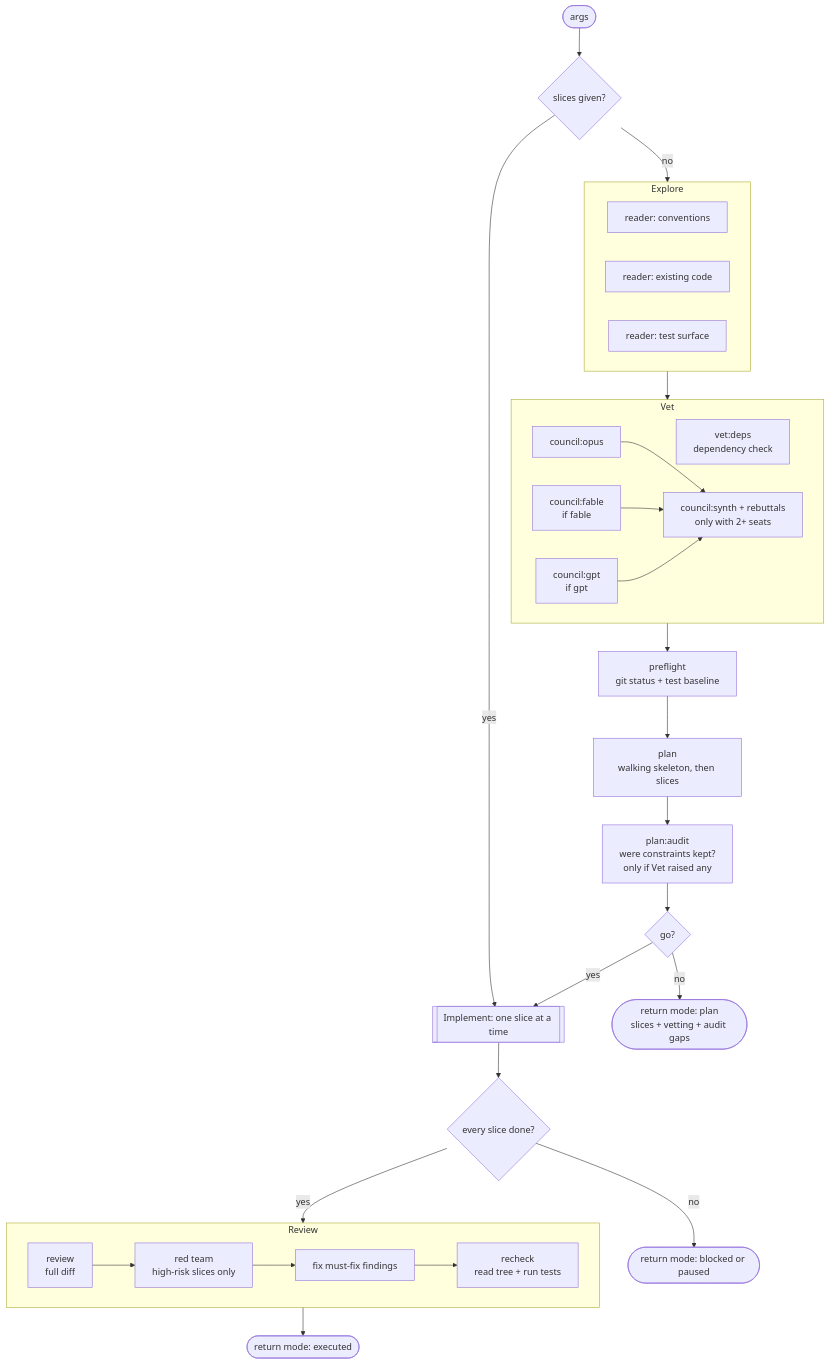
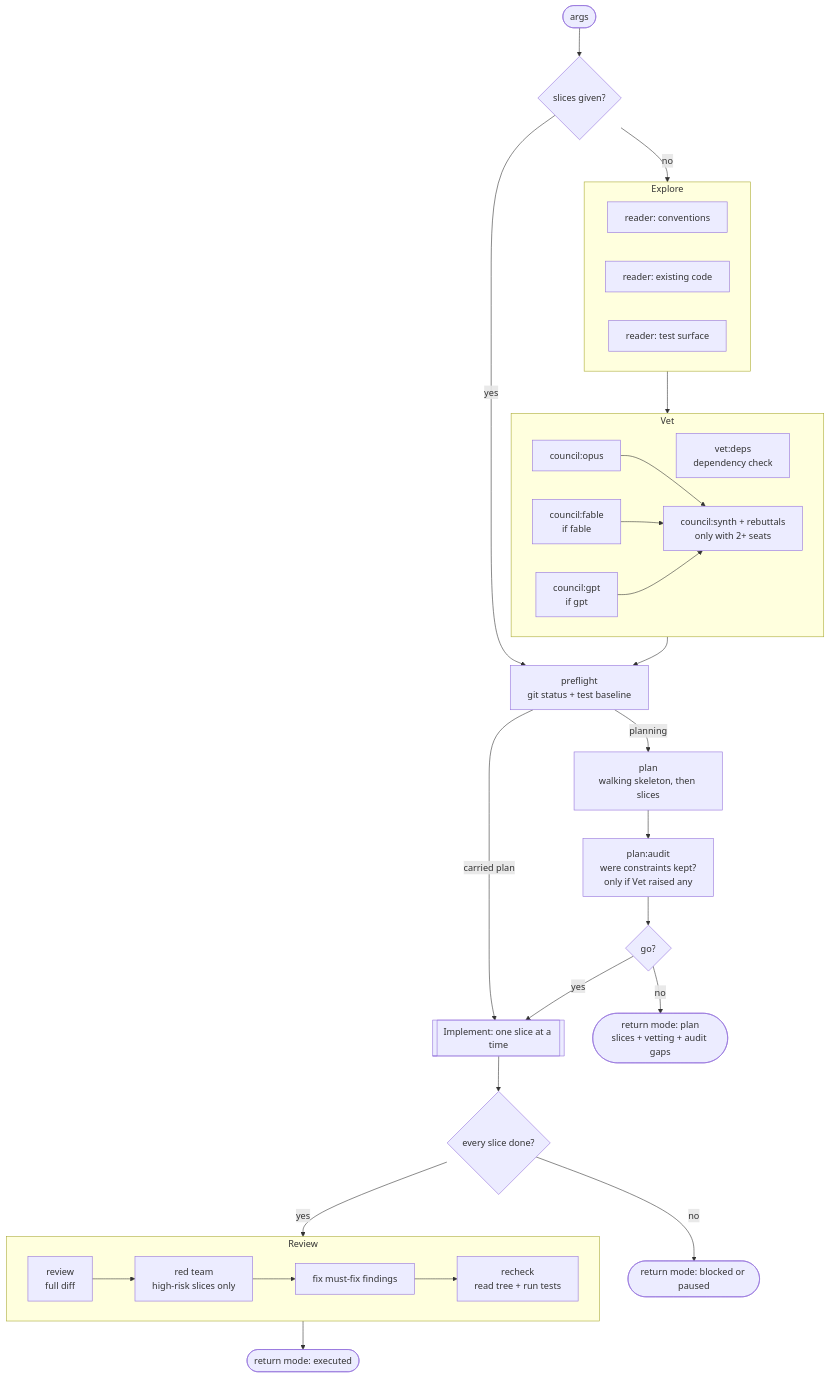
One commit to Asgarrrr/dotfiles changed the first of 3 diagrams in .agents/claude/workflows/big-feature.md. Above: the diagram before and after it, drawn with Mermaid. The commit also changed other lines of this file and 1 other file, not shown here.

First line of the commit message:
Fix big-feature heredoc, dir quoting, deps constraints, carried preflight

````diff
--- a/.agents/claude/workflows/big-feature.md
+++ b/.agents/claude/workflows/big-feature.md
@@ -20,48 +20,49 @@
 ```mermaid
 flowchart TD
     start([args]) --> carried{slices given?}
 
     carried -- no --> explore
-    carried -- yes --> impl
+    carried -- yes --> preflight
 
     subgraph explore [Explore]
         e1[reader: conventions]
         e2[reader: existing code]
         e3[reader: test surface]
     end
 
     explore --> vet
 
     subgraph vet [Vet]
         deps[vet:deps<br/>dependency check]
         opus[council:opus]
         fable[council:fable<br/>if fable]
         gpt[council:gpt<br/>if gpt]
         synth[council:synth + rebuttals<br/>only with 2+ seats]
         opus --> synth
         fable --> synth
         gpt --> synth
     end
 
     vet --> preflight[preflight<br/>git status + test baseline]
-    preflight --> plan[plan<br/>walking skeleton, then slices]
+    preflight -- planning --> plan[plan<br/>walking skeleton, then slices]
+    preflight -- carried plan --> impl
     plan --> audit[plan:audit<br/>were constraints kept?<br/>only if Vet raised any]
     audit --> gate{go?}
 
     gate -- no --> planOut([return mode: plan<br/>slices + vetting + audit gaps])
     gate -- yes --> impl
 
     impl[[Implement: one slice at a time]] --> allDone{every slice done?}
     allDone -- no --> stopOut([return mode: blocked or paused])
     allDone -- yes --> review
 
     subgraph review [Review]
         rv[review<br/>full diff]
         red[red team<br/>high-risk slices only]
         fix[fix must-fix findings]
         recheck[recheck<br/>read tree + run tests]
         rv --> red --> fix --> recheck
     end
 
     review --> execOut([return mode: executed])
 ```
````
